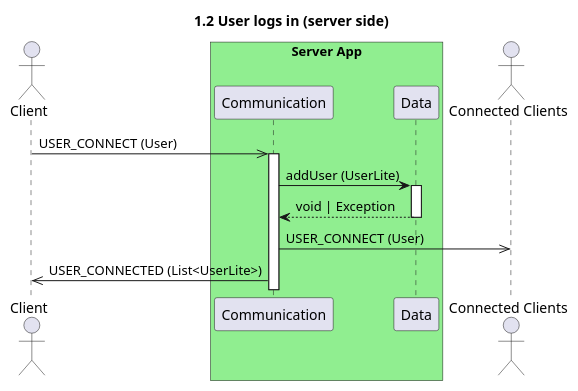
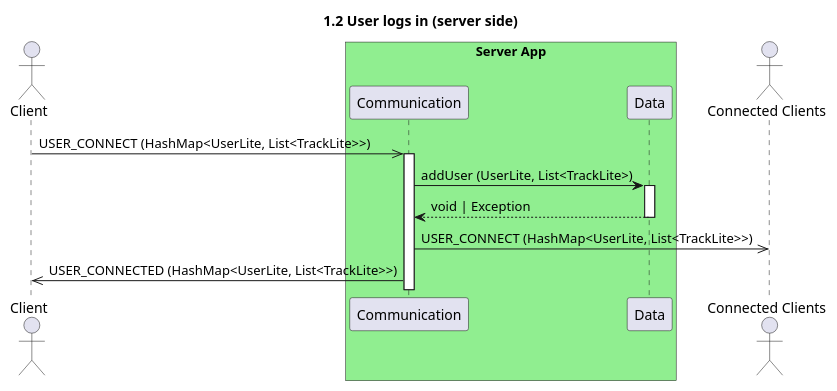
One commit to UTCAI12/Diagrams changed the diagram in sequence/1.2.user_logs_in_server.puml. Above: the diagram before and after it, drawn with PlantUML. The commit also changed 3 other files, not shown here.

Commit message:
fix user_connect (now sending tracks)

```diff
--- a/sequence/1.2.user_logs_in_server.puml
+++ b/sequence/1.2.user_logs_in_server.puml
@@ -1,17 +1,17 @@
 @startuml 1.2 User logs in (server side)
 title 1.2 User logs in (server side)
 
 actor "Client" as client
 box "Server App" #LightGreen
     participant "Communication" as com
     participant "Data" as data
 end box
 actor "Connected Clients" as connected
 
-client->>com++: USER_CONNECT (User)
-com->data++: addUser (UserLite)
+client->>com++: USER_CONNECT (HashMap<UserLite, List<TrackLite>>)
+com->data++: addUser (UserLite, List<TrackLite>)
 return void | Exception
-com->>connected: USER_CONNECT (User)
-com->>client: USER_CONNECTED (List<UserLite>)
+com->>connected: USER_CONNECT (HashMap<UserLite, List<TrackLite>>)
+com->>client: USER_CONNECTED (HashMap<UserLite, List<TrackLite>>)
 
 @enduml
```
